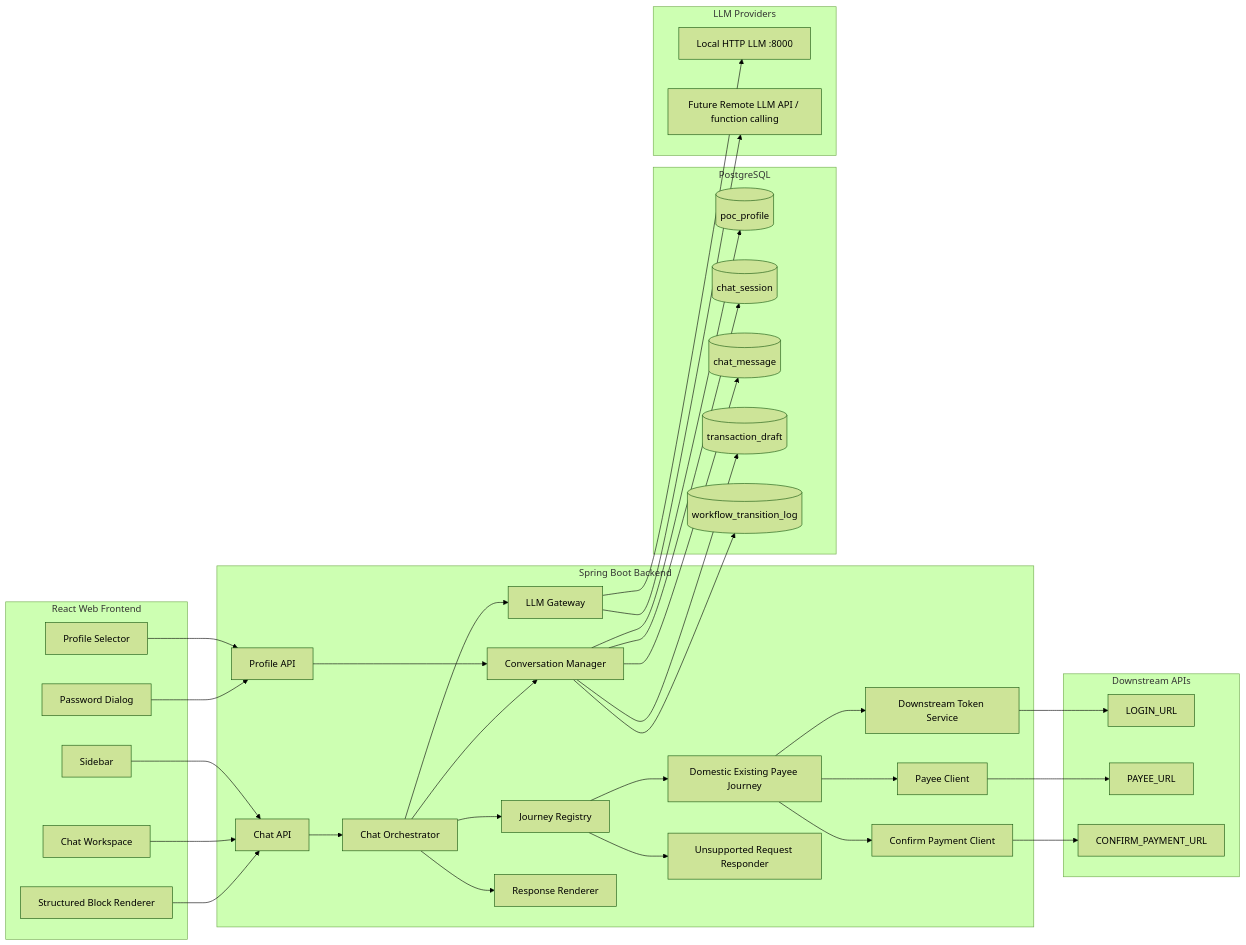
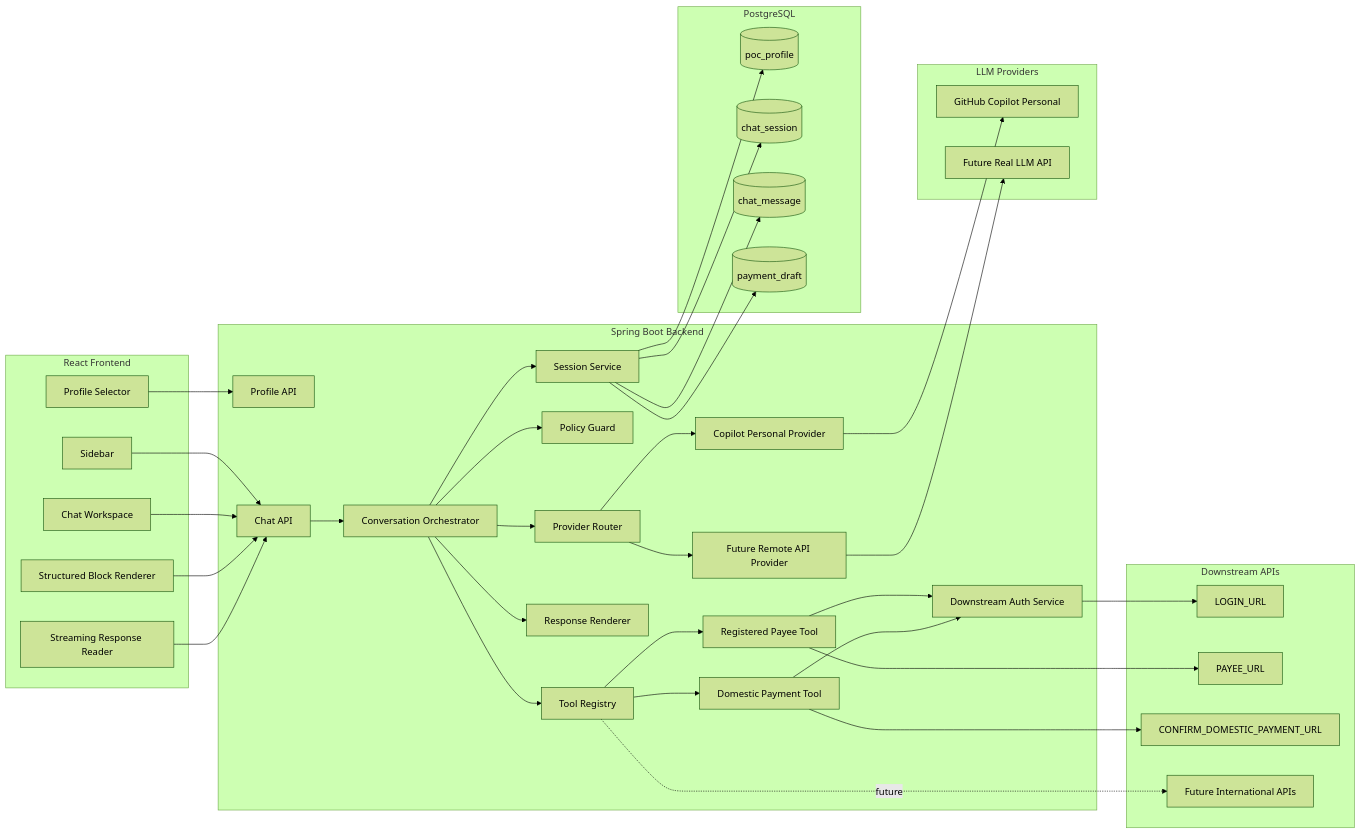
Before and after one commit to VictorZhong/chat2pay: the first of 4 diagrams in docs/01-system_design.md, drawn with Mermaid (forest theme). The commit also changed other lines of this file and 10 other files, not shown here.

````diff
--- a/docs/01-system_design.md
+++ b/docs/01-system_design.md
@@ -82,75 +96,77 @@
 ```mermaid
 flowchart LR
-    subgraph FE[React Web Frontend]
-        A[Profile Selector]
-        B[Password Dialog]
-        C[Sidebar]
-        D[Chat Workspace]
-        E[Structured Block Renderer]
+    subgraph FE["React Frontend"]
+        FE1["Profile Selector"]
+        FE2["Sidebar"]
+        FE3["Chat Workspace"]
+        FE4["Structured Block Renderer"]
+        FE5["Streaming Response Reader"]
     end
 
-    subgraph BE[Spring Boot Backend]
-        F[Profile API]
-        G[Chat API]
-        H[Chat Orchestrator]
-        I[Journey Registry]
-        J[Domestic Existing Payee Journey]
-        K[Unsupported Request Responder]
-        L[LLM Gateway]
-        M[Downstream Token Service]
-        N[Payee Client]
-        O[Confirm Payment Client]
-        P[Conversation Manager]
-        Q[Response Renderer]
+    subgraph BE["Spring Boot Backend"]
+        BE1["Profile API"]
+        BE2["Chat API"]
+        BE3["Conversation Orchestrator"]
+        BE4["Provider Router"]
+        BE5["Policy Guard"]
+        BE6["Tool Registry"]
+        BE7["Response Renderer"]
+        BE8["Session Service"]
+        BE9["Copilot Personal Provider"]
+        BE10["Future Remote API Provider"]
+        BE11["Downstream Auth Service"]
+        BE12["Registered Payee Tool"]
+        BE13["Domestic Payment Tool"]
     end
 
-    subgraph DB[PostgreSQL]
-        R[(poc_profile)]
-        S[(chat_session)]
-        T[(chat_message)]
-        U[(transaction_draft)]
-        V[(workflow_transition_log)]
+    subgraph DB["PostgreSQL"]
+        DB1[("poc_profile")]
+        DB2[("chat_session")]
+        DB3[("chat_message")]
+        DB4[("payment_draft")]
     end
 
-    subgraph LLM[LLM Providers]
-        W[Local HTTP LLM :8000]
-        X[Future Remote LLM API / function calling]
+    subgraph LLM["LLM Providers"]
+        L1["GitHub Copilot Personal"]
+        L2["Future Real LLM API"]
     end
 
-    subgraph DS[Downstream APIs]
-        Y[LOGIN_URL]
-        Z[PAYEE_URL]
-        AA[CONFIRM_PAYMENT_URL]
+    subgraph DS["Downstream APIs"]
+        D1["LOGIN_URL"]
+        D2["PAYEE_URL"]
+        D3["CONFIRM_DOMESTIC_PAYMENT_URL"]
+        D4["Future International APIs"]
     end
 
-    A --> F
-    B --> F
-    C --> G
-    D --> G
-    E --> G
+    FE1 --> BE1
+    FE2 --> BE2
+    FE3 --> BE2
+    FE4 --> BE2
+    FE5 --> BE2
 
-    F --> P
-    G --> H
-    H --> I
-    I --> J
-    I --> K
-    H --> L
-    H --> P
-    H --> Q
+    BE2 --> BE3
+    BE3 --> BE4
+    BE3 --> BE5
+    BE3 --> BE6
+    BE3 --> BE7
+    BE3 --> BE8
 
-    J --> M
-    J --> N
-    J --> O
-    M --> Y
-    N --> Z
-    O --> AA
+    BE4 --> BE9
+    BE4 --> BE10
+    BE9 --> L1
+    BE10 --> L2
 
-    L --> W
-    L --> X
+    BE6 --> BE12
+    BE6 --> BE13
+    BE12 --> BE11
+    BE13 --> BE11
+    BE11 --> D1
+    BE12 --> D2
+    BE13 --> D3
+    BE6 -. future .-> D4
 
-    P --> R
-    P --> S
-    P --> T
-    P --> U
-    P --> V
+    BE8 --> DB1
+    BE8 --> DB2
+    BE8 --> DB3
+    BE8 --> DB4
 ```
````
